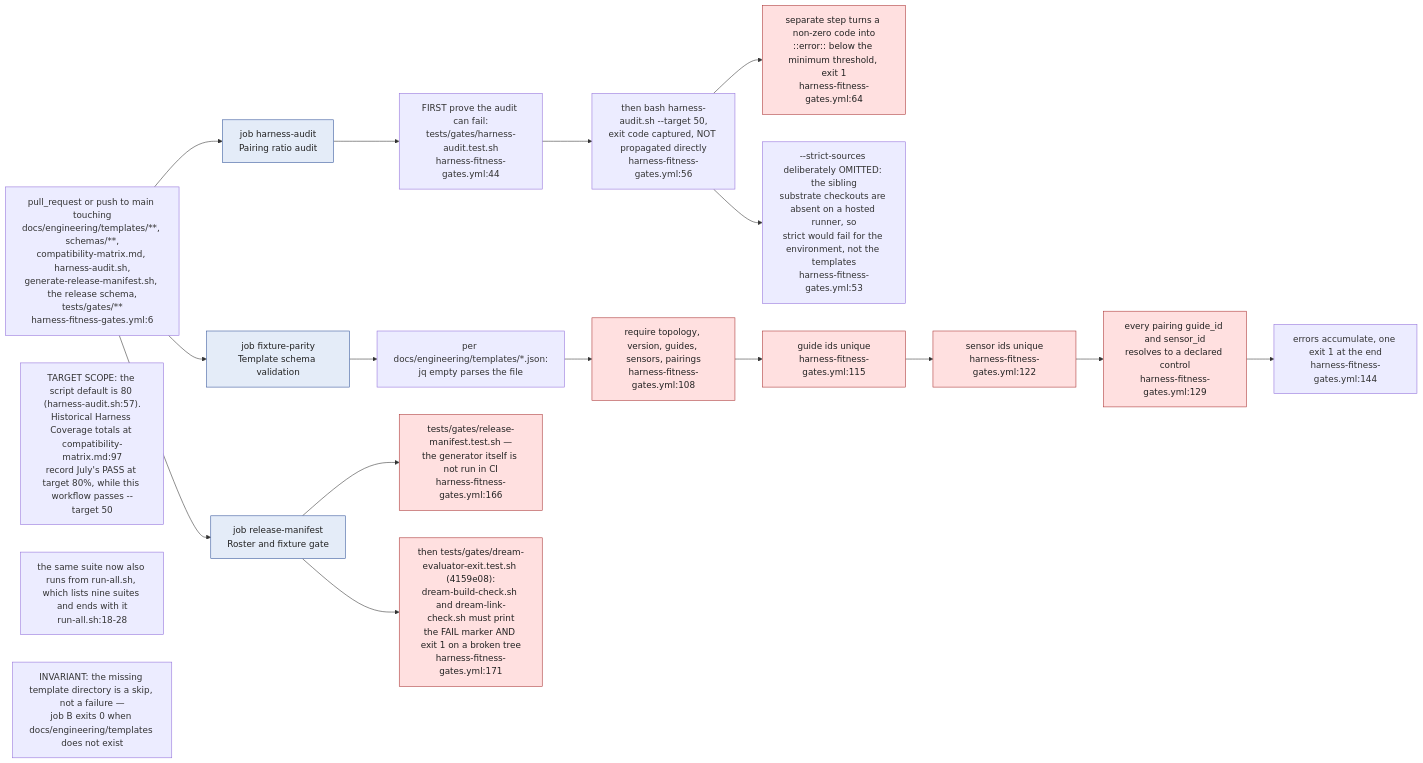
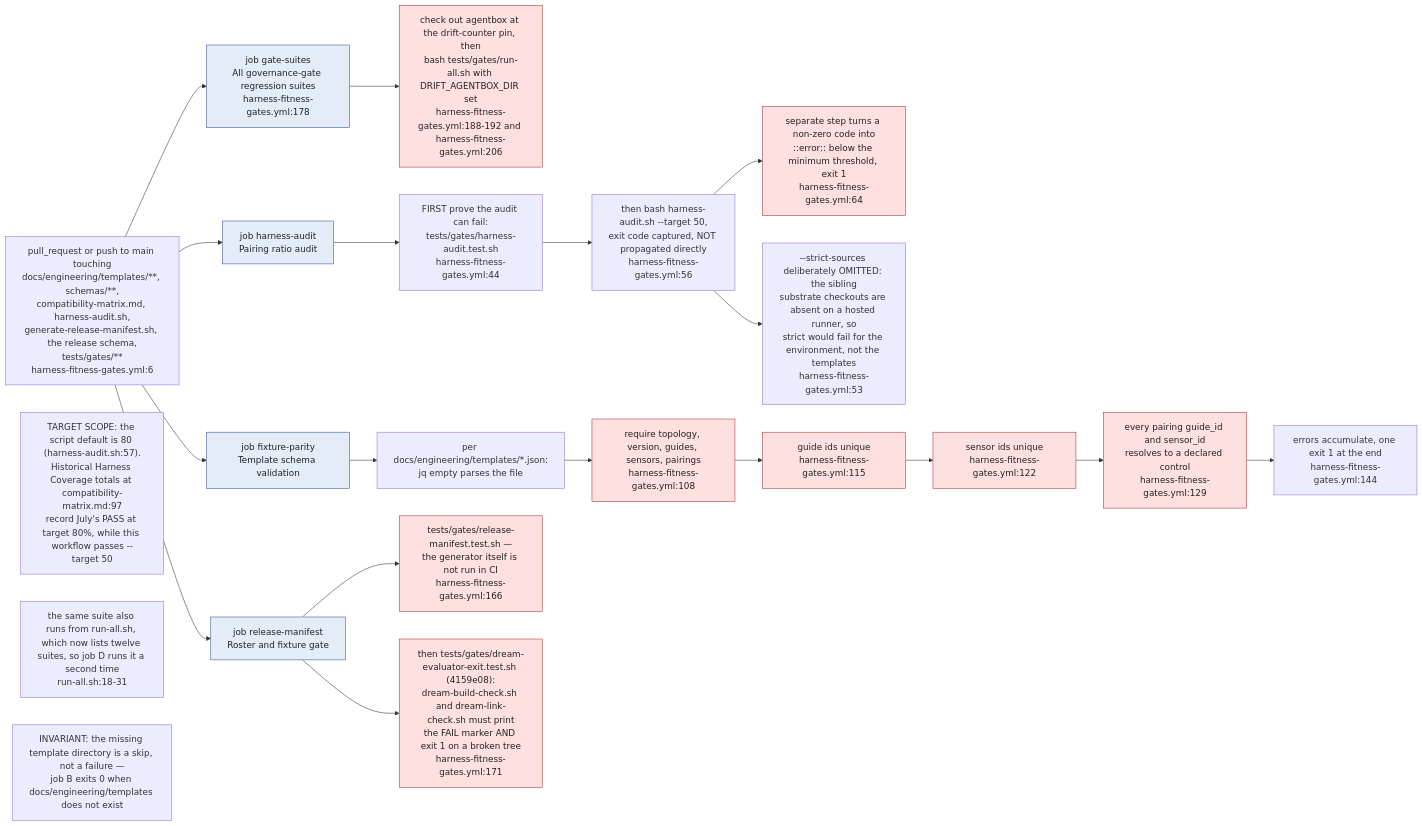
The seventh of 13 diagrams in docs/diagrams/visionflow/05-governance-gates.md (DreamLab-AI/VisionFlow), drawn with Mermaid before and after one commit. The commit also changed other lines of this file and 91 other files, not shown here.

````diff
--- a/docs/diagrams/visionflow/05-governance-gates.md
+++ b/docs/diagrams/visionflow/05-governance-gates.md
@@ -315,30 +317,32 @@
 ```mermaid
 flowchart LR
     classDef job fill:#e4ecf8,stroke:#33559a,color:#222
     classDef block fill:#ffe0e0,stroke:#aa3333,color:#222
 
     TRIG["pull_request or push to main touching<br/>docs/engineering/templates/**, schemas/**,<br/>compatibility-matrix.md, harness-audit.sh,<br/>generate-release-manifest.sh, the release schema,<br/>tests/gates/**<br/>harness-fitness-gates.yml:6"]
 
     TRIG --> A["job harness-audit<br/>Pairing ratio audit"]:::job
     TRIG --> B["job fixture-parity<br/>Template schema validation"]:::job
     TRIG --> C["job release-manifest<br/>Roster and fixture gate"]:::job
+    TRIG --> D["job gate-suites<br/>All governance-gate regression suites<br/>harness-fitness-gates.yml:178"]:::job
+    D --> D1["check out agentbox at the drift-counter pin, then<br/>bash tests/gates/run-all.sh with DRIFT_AGENTBOX_DIR set<br/>harness-fitness-gates.yml:188-192 and harness-fitness-gates.yml:206"]:::block
 
     A --> A1["FIRST prove the audit can fail:<br/>tests/gates/harness-audit.test.sh<br/>harness-fitness-gates.yml:44"]
     A1 --> A2["then bash harness-audit.sh --target 50,<br/>exit code captured, NOT propagated directly<br/>harness-fitness-gates.yml:56"]
     A2 --> A3["separate step turns a non-zero code into<br/>::error:: below the minimum threshold, exit 1<br/>harness-fitness-gates.yml:64"]:::block
     A2 --> A4["--strict-sources deliberately OMITTED: the sibling<br/>substrate checkouts are absent on a hosted runner, so<br/>strict would fail for the environment, not the templates<br/>harness-fitness-gates.yml:53"]
 
     B --> B1["per docs/engineering/templates/*.json:<br/>jq empty parses the file"]
     B1 --> B2["require topology, version, guides, sensors, pairings<br/>harness-fitness-gates.yml:108"]:::block
     B2 --> B3["guide ids unique<br/>harness-fitness-gates.yml:115"]:::block
     B3 --> B4["sensor ids unique<br/>harness-fitness-gates.yml:122"]:::block
     B4 --> B5["every pairing guide_id and sensor_id<br/>resolves to a declared control<br/>harness-fitness-gates.yml:129"]:::block
     B5 --> B6["errors accumulate, one exit 1 at the end<br/>harness-fitness-gates.yml:144"]
 
     C --> C1["tests/gates/release-manifest.test.sh —<br/>the generator itself is not run in CI<br/>harness-fitness-gates.yml:166"]:::block
     C --> C2["then tests/gates/dream-evaluator-exit.test.sh (4159e08):<br/>dream-build-check.sh and dream-link-check.sh must print<br/>the FAIL marker AND exit 1 on a broken tree<br/>harness-fitness-gates.yml:171"]:::block
 
     NOTE1["TARGET SCOPE: the script default is 80 (harness-audit.sh:57).<br/>Historical Harness Coverage totals at compatibility-matrix.md:97<br/>record July's PASS at target 80%, while this workflow passes --target 50"]
-    NOTE4["the same suite now also runs from run-all.sh, which lists nine suites and ends with it<br/>run-all.sh:18-28"]
+    NOTE4["the same suite also runs from run-all.sh, which now lists twelve suites, so job D runs it a second time<br/>run-all.sh:18-31"]
     NOTE2["INVARIANT: the missing template directory is a skip, not a failure —<br/>job B exits 0 when docs/engineering/templates does not exist"]
 ```
````
